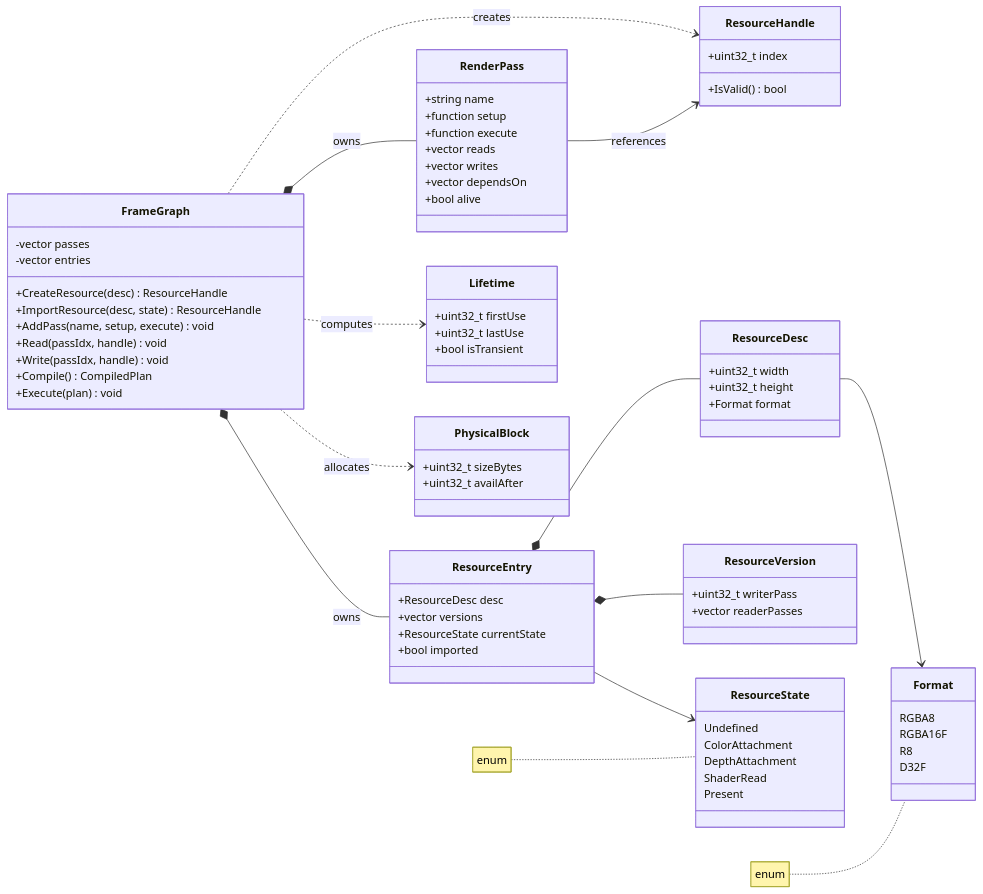
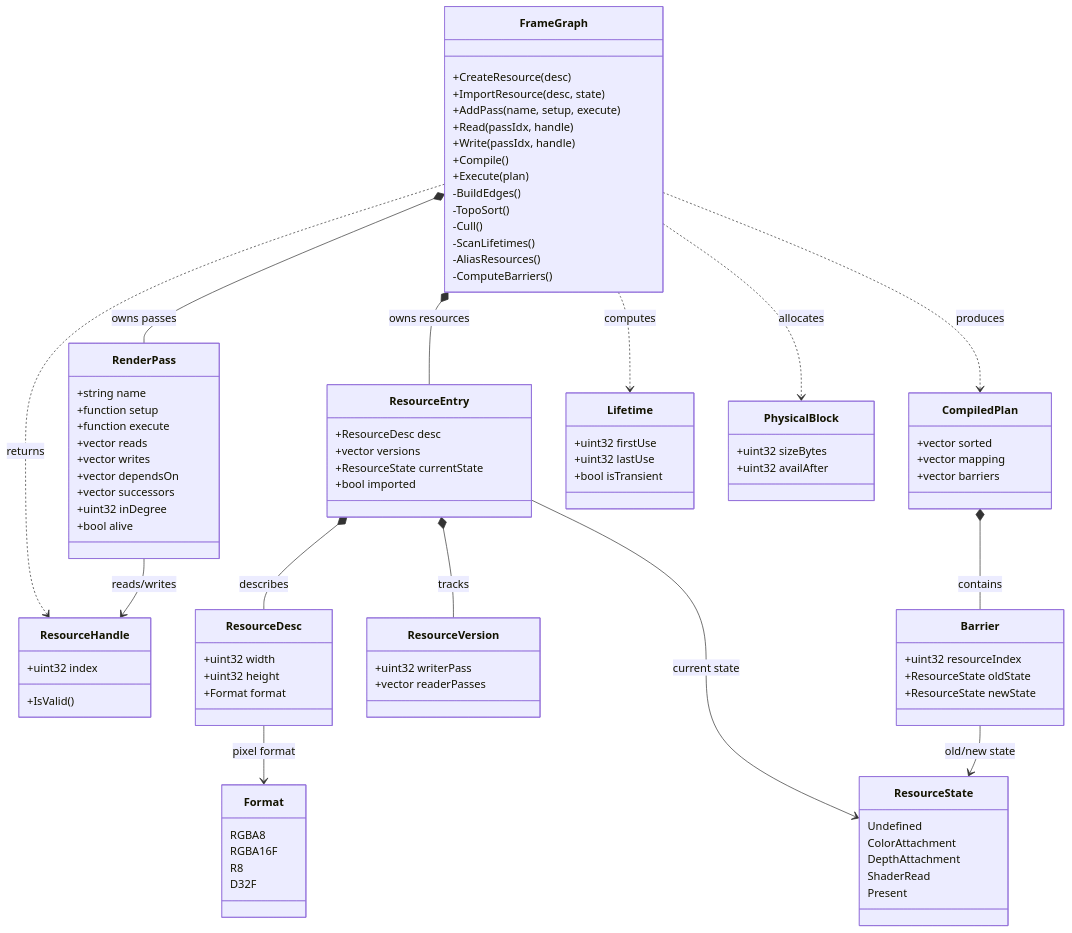
The diagram in content/posts/frame-graph-build-it/index.md (stoleckipawel/DeepSpark), drawn with Mermaid before and after one commit. The commit also changed other lines of this file and 6 other files, not shown here.

```diff
--- a/content/posts/frame-graph-build-it/index.md
+++ b/content/posts/frame-graph-build-it/index.md
@@ -110,88 +110,94 @@
 {{< mermaid >}}
 classDiagram
-    direction LR
-
-    class FrameGraph {
-        -vector passes
-        -vector entries
-        +CreateResource(desc) ResourceHandle
-        +ImportResource(desc, state) ResourceHandle
-        +AddPass(name, setup, execute) void
-        +Read(passIdx, handle) void
-        +Write(passIdx, handle) void
-        +Compile() CompiledPlan
-        +Execute(plan) void
-    }
-
-    class RenderPass {
-        +string name
-        +function setup
-        +function execute
-        +vector reads
-        +vector writes
-        +vector dependsOn
-        +bool alive
-    }
-
-    class ResourceHandle {
-        +uint32_t index
-        +IsValid() bool
-    }
-
-    class ResourceDesc {
-        +uint32_t width
-        +uint32_t height
-        +Format format
-    }
-
-    class ResourceEntry {
-        +ResourceDesc desc
-        +vector versions
-        +ResourceState currentState
-        +bool imported
-    }
-
-    class ResourceVersion {
-        +uint32_t writerPass
-        +vector readerPasses
-    }
-
-    class Lifetime {
-        +uint32_t firstUse
-        +uint32_t lastUse
-        +bool isTransient
-    }
-
-    class PhysicalBlock {
-        +uint32_t sizeBytes
-        +uint32_t availAfter
-    }
-
-    class Format {
-        RGBA8
-        RGBA16F
-        R8
-        D32F
-    }
-    note for Format "enum"
-
-    class ResourceState {
-        Undefined
-        ColorAttachment
-        DepthAttachment
-        ShaderRead
-        Present
-    }
-    note for ResourceState "enum"
-
-    FrameGraph *-- RenderPass : owns
-    FrameGraph *-- ResourceEntry : owns
-    ResourceEntry *-- ResourceDesc
-    ResourceEntry *-- ResourceVersion
-    RenderPass --> ResourceHandle : references
-    FrameGraph ..> ResourceHandle : creates
-    FrameGraph ..> Lifetime : computes
-    FrameGraph ..> PhysicalBlock : allocates
-    ResourceEntry --> ResourceState
-    ResourceDesc --> Format
+direction TB
+class FrameGraph{
+  +CreateResource(desc)
+  +ImportResource(desc, state)
+  +AddPass(name, setup, execute)
+  +Read(passIdx, handle)
+  +Write(passIdx, handle)
+  +Compile()
+  +Execute(plan)
+  -BuildEdges()
+  -TopoSort()
+  -Cull()
+  -ScanLifetimes()
+  -AliasResources()
+  -ComputeBarriers()
+}
+class RenderPass{
+  +string name
+  +function setup
+  +function execute
+  +vector reads
+  +vector writes
+  +vector dependsOn
+  +vector successors
+  +uint32 inDegree
+  +bool alive
+}
+class ResourceEntry{
+  +ResourceDesc desc
+  +vector versions
+  +ResourceState currentState
+  +bool imported
+}
+class ResourceHandle{
+  +uint32 index
+  +IsValid()
+}
+class ResourceDesc{
+  +uint32 width
+  +uint32 height
+  +Format format
+}
+class ResourceVersion{
+  +uint32 writerPass
+  +vector readerPasses
+}
+class CompiledPlan{
+  +vector sorted
+  +vector mapping
+  +vector barriers
+}
+class Barrier{
+  +uint32 resourceIndex
+  +ResourceState oldState
+  +ResourceState newState
+}
+class Lifetime{
+  +uint32 firstUse
+  +uint32 lastUse
+  +bool isTransient
+}
+class PhysicalBlock{
+  +uint32 sizeBytes
+  +uint32 availAfter
+}
+class Format{
+  RGBA8
+  RGBA16F
+  R8
+  D32F
+}
+class ResourceState{
+  Undefined
+  ColorAttachment
+  DepthAttachment
+  ShaderRead
+  Present
+}
+FrameGraph *-- RenderPass : owns passes
+FrameGraph *-- ResourceEntry : owns resources
+FrameGraph ..> CompiledPlan : produces
+FrameGraph ..> ResourceHandle : returns
+FrameGraph ..> Lifetime : computes
+FrameGraph ..> PhysicalBlock : allocates
+RenderPass --> ResourceHandle : reads/writes
+ResourceEntry *-- ResourceDesc : describes
+ResourceEntry *-- ResourceVersion : tracks
+ResourceEntry --> ResourceState : current state
+ResourceDesc --> Format : pixel format
+CompiledPlan *-- Barrier : contains
+Barrier --> ResourceState : old/new state
 {{< /mermaid >}}
```
